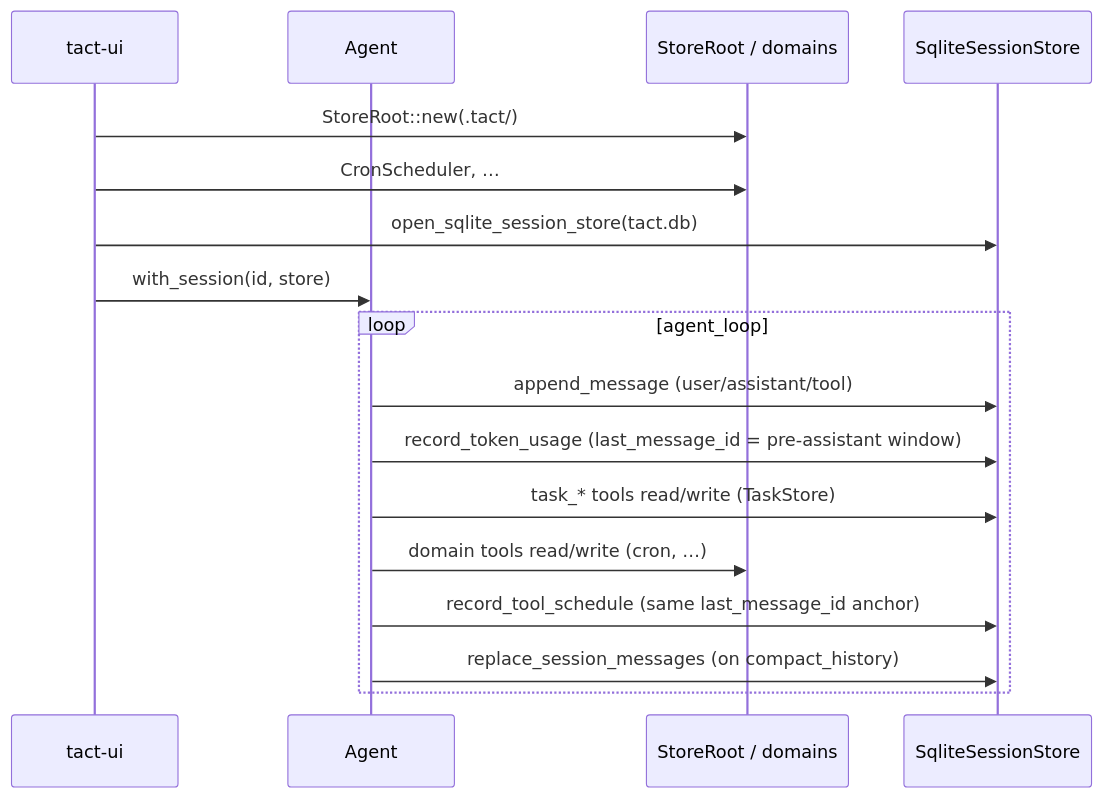
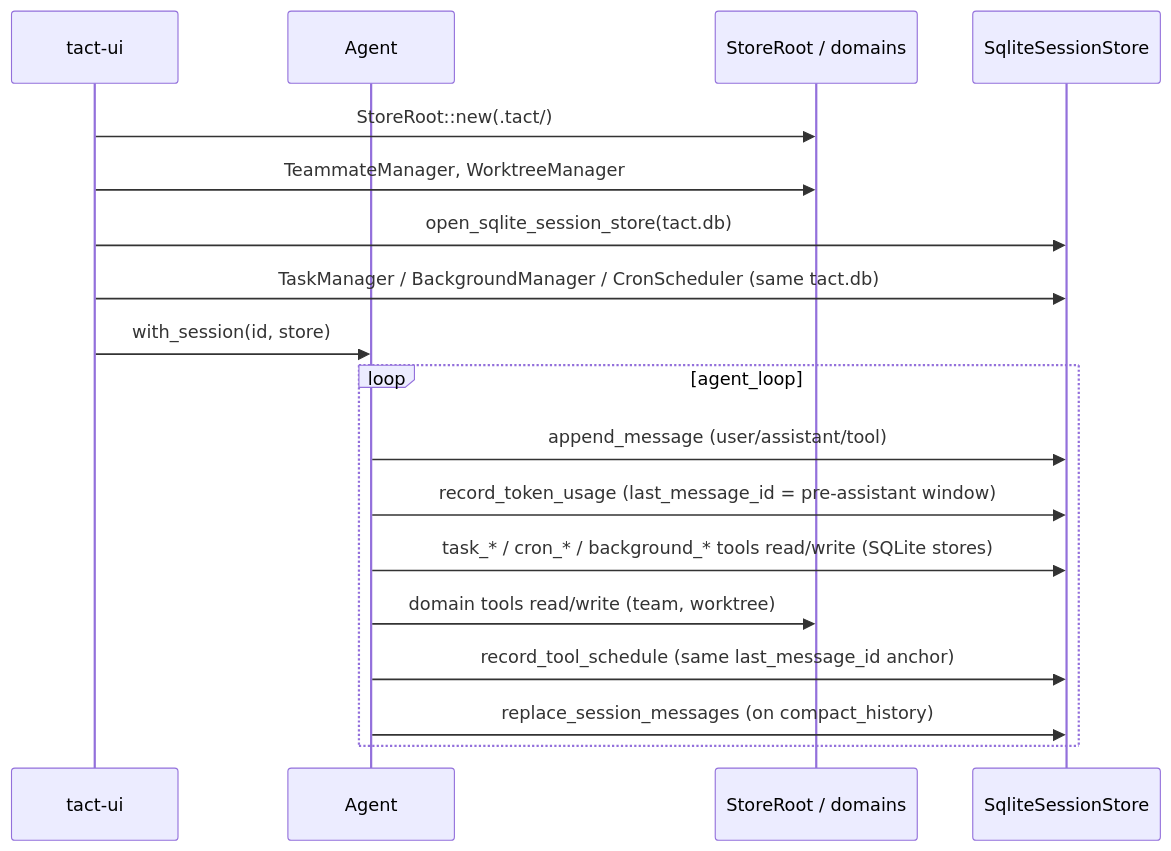
One commit to rust-infra/tact changed the second of 2 diagrams in book/01_chapter_store.md. Above: the diagram before and after it, drawn with Mermaid. The commit also changed other lines of this file and 23 other files, not shown here.

First line of the commit message:
feat(store): migrate cron and background storage from JSON to SQLite

````diff
--- a/book/01_chapter_store.md
+++ b/book/01_chapter_store.md
@@ -176,21 +174,22 @@
 ```mermaid
 sequenceDiagram
     participant TUI as tact-ui
     participant Agent
     participant JSON as StoreRoot / domains
     participant SQL as SqliteSessionStore
 
     TUI->>JSON: StoreRoot::new(.tact/)
-    TUI->>JSON: CronScheduler, …
+    TUI->>JSON: TeammateManager, WorktreeManager
     TUI->>SQL: open_sqlite_session_store(tact.db)
+    TUI->>SQL: TaskManager / BackgroundManager / CronScheduler (same tact.db)
     TUI->>Agent: with_session(id, store)
 
     loop agent_loop
         Agent->>SQL: append_message (user/assistant/tool)
         Agent->>SQL: record_token_usage (last_message_id = pre-assistant window)
-        Agent->>SQL: task_* tools read/write (TaskStore)
-        Agent->>JSON: domain tools read/write (cron, …)
+        Agent->>SQL: task_* / cron_* / background_* tools read/write (SQLite stores)
+        Agent->>JSON: domain tools read/write (team, worktree)
         Agent->>SQL: record_tool_schedule (same last_message_id anchor)
         Agent->>SQL: replace_session_messages (on compact_history)
     end
 ```
````
